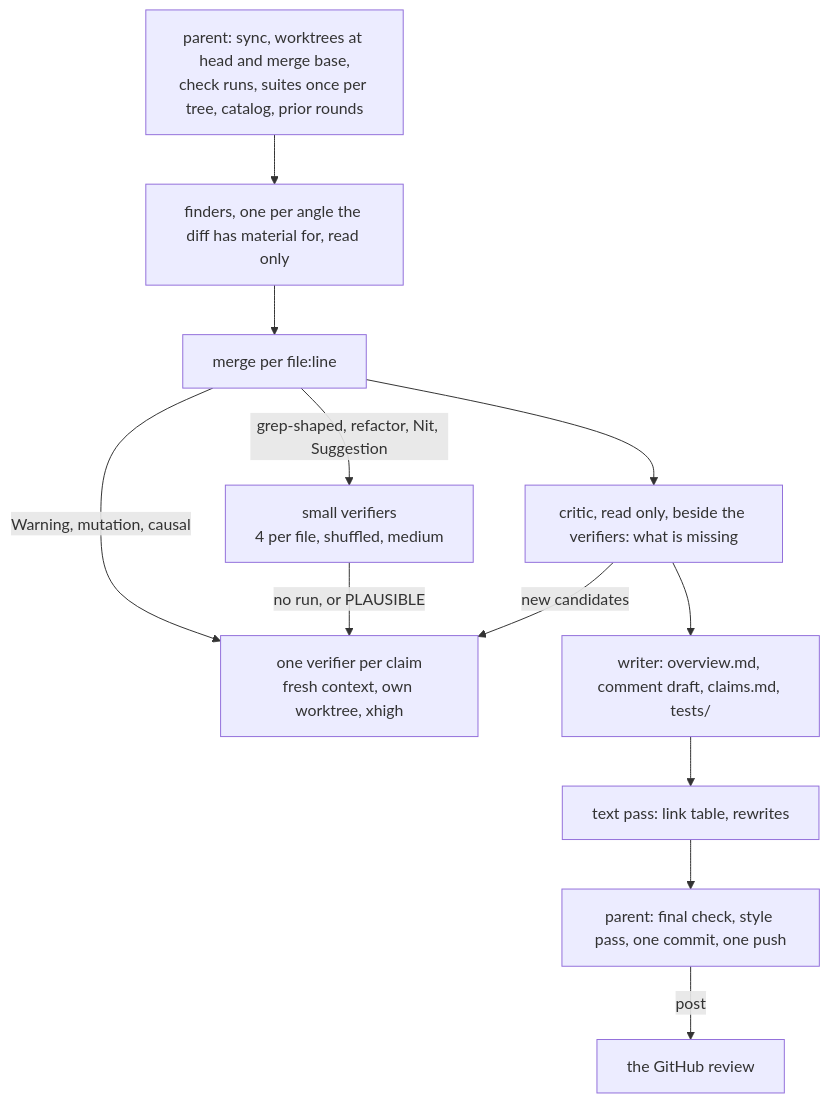
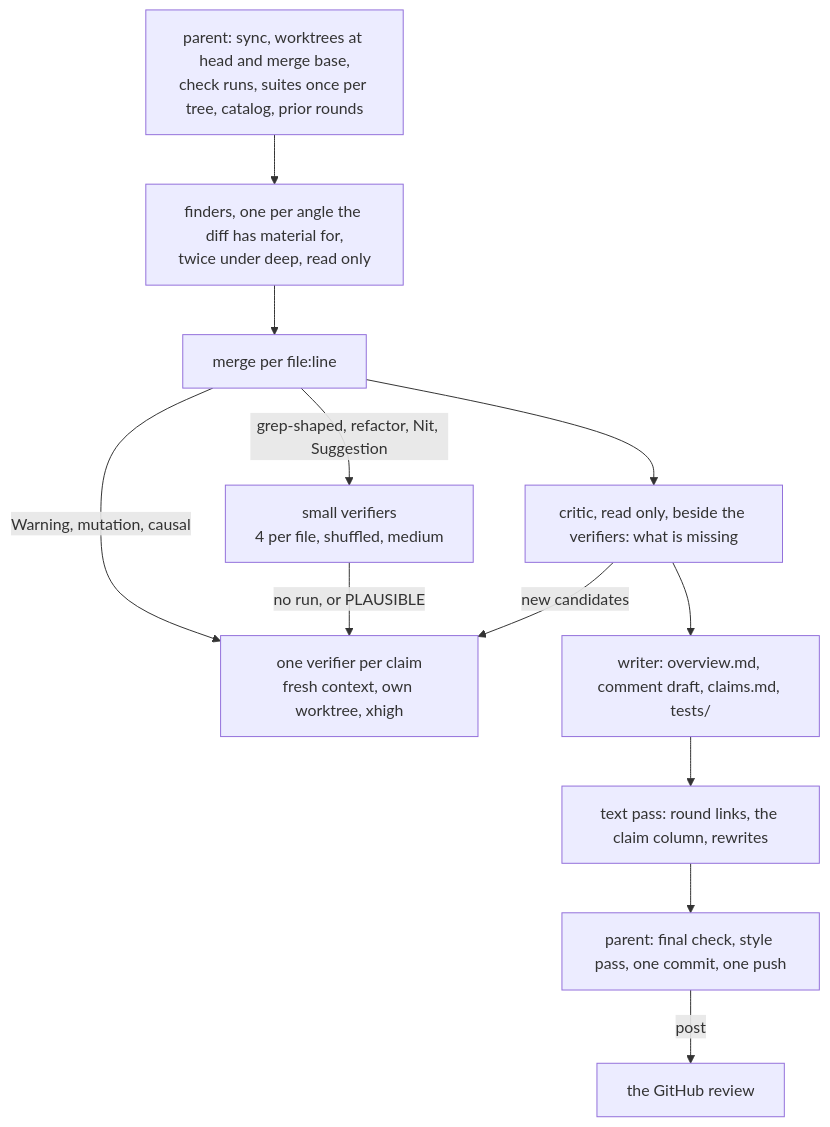
Before and after one commit to davd-gzl/skills: the diagram in README.md, drawn with Mermaid. The commit also changed other lines of this file, not shown here.

First line of the commit message:
README: one table of words, in shortcuts.md; the architecture and the round on disk as the code has them

````diff
--- a/README.md
+++ b/README.md
@@ -109,14 +88,14 @@
 ```mermaid
 flowchart TD
   P[parent: sync, worktrees at head and merge base,<br/>check runs, suites once per tree, catalog, prior rounds] --> F
-  F[finders, one per angle the diff has material for, read only] --> M[merge per file:line]
+  F[finders, one per angle the diff has material for,<br/>twice under deep, read only] --> M[merge per file:line]
   M -->|Warning, mutation, causal| B[one verifier per claim<br/>fresh context, own worktree, xhigh]
   M -->|grep-shaped, refactor, Nit, Suggestion| S[small verifiers<br/>4 per file, shuffled, medium]
   S -->|no run, or PLAUSIBLE| B
   M --> C[critic, read only, beside the verifiers: what is missing]
   C -->|new candidates| B
   C --> W[writer: overview.md, comment draft, claims.md, tests/]
-  W --> T[text pass: link table, rewrites]
+  W --> T[text pass: round links, the claim column, rewrites]
   T --> Q[parent: final check, style pass, one commit, one push]
   Q -->|post| G[the GitHub review]
 ```
````
